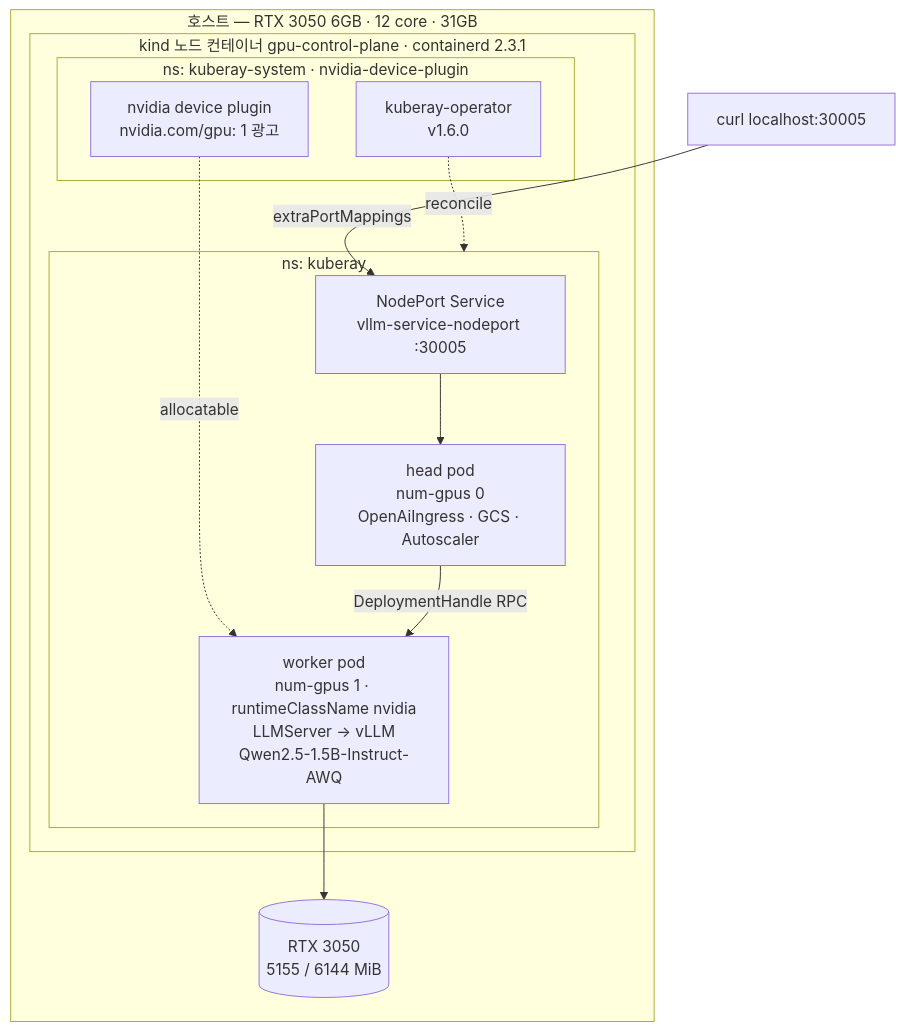
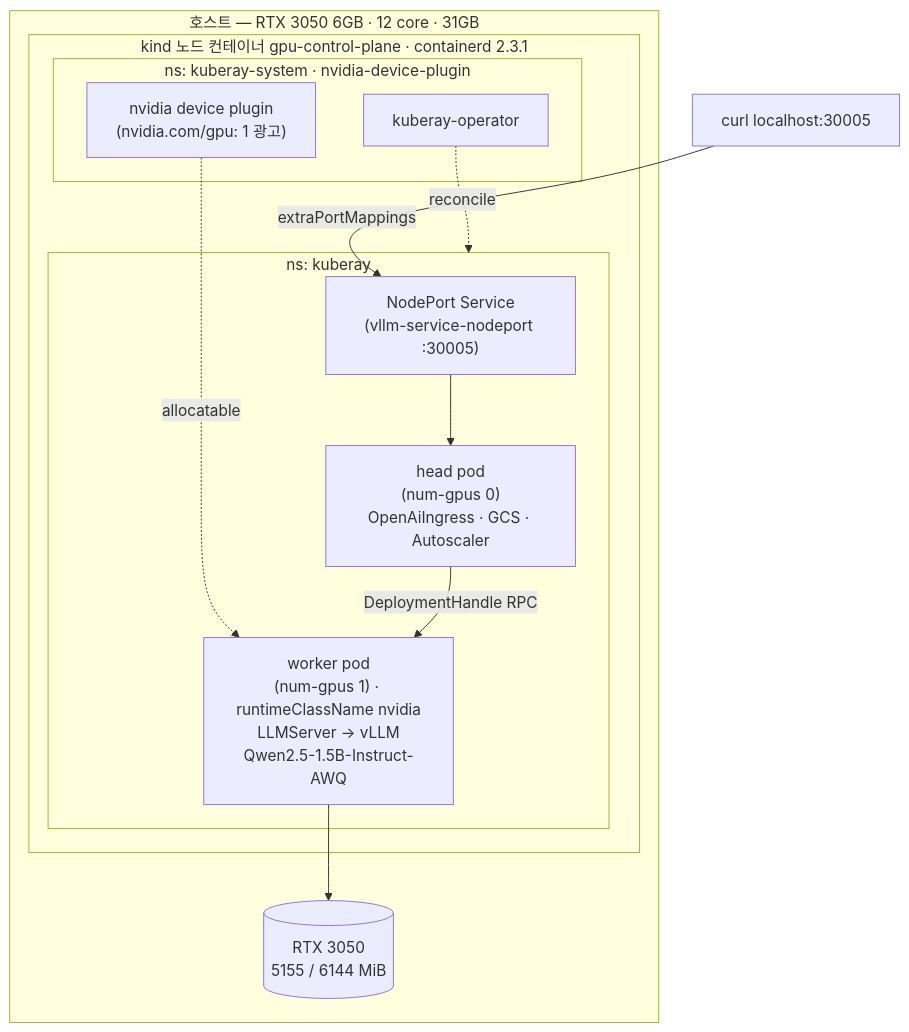
Before and after one commit to ken-0913/myblog: the second of 3 diagrams in content/posts/llm/llm-ray-serving-result.md, drawn with Mermaid. The commit also changed other lines of this file, not shown here.

First line of the commit message:
docs: Ray Serve LLM 라우팅·오토스케일링 설명 정정

````diff
--- a/content/posts/llm/llm-ray-serving-result.md
+++ b/content/posts/llm/llm-ray-serving-result.md
@@ -163,23 +163,23 @@
 ```mermaid
 flowchart TB
     C["curl localhost:30005"] -->|"extraPortMappings"| SVC
     subgraph HOST["호스트 — RTX 3050 6GB · 12 core · 31GB"]
         subgraph NODE["kind 노드 컨테이너 gpu-control-plane · containerd 2.3.1"]
             subgraph SYS["ns: kuberay-system · nvidia-device-plugin"]
-                OP["kuberay-operator<br/>v1.6.0"]
-                DP["nvidia device plugin<br/>nvidia.com/gpu: 1 광고"]
+                OP["kuberay-operator"]
+                DP["nvidia device plugin<br/>(nvidia.com/gpu: 1 광고)"]
             end
             subgraph KR["ns: kuberay"]
-                SVC["NodePort Service<br/>vllm-service-nodeport :30005"]
-                H["head pod<br/>num-gpus 0<br/>OpenAiIngress · GCS · Autoscaler"]
-                W["worker pod<br/>num-gpus 1 · runtimeClassName nvidia<br/>LLMServer → vLLM<br/>Qwen2.5-1.5B-Instruct-AWQ"]
+                SVC["NodePort Service<br/>(vllm-service-nodeport :30005)"]
+                H["head pod<br/>(num-gpus 0)<br/>OpenAiIngress · GCS · Autoscaler"]
+                W["worker pod<br/>(num-gpus 1) · runtimeClassName nvidia<br/>LLMServer → vLLM<br/>Qwen2.5-1.5B-Instruct-AWQ"]
             end
         end
         G[("RTX 3050<br/>5155 / 6144 MiB")]
     end
     OP -.->|"reconcile"| KR
     DP -.->|"allocatable"| W
     SVC --> H
     H -->|"DeploymentHandle RPC"| W
     W --> G
 ```
````
